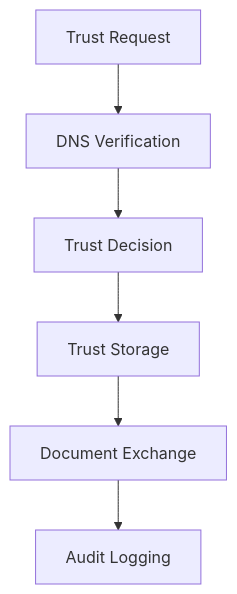
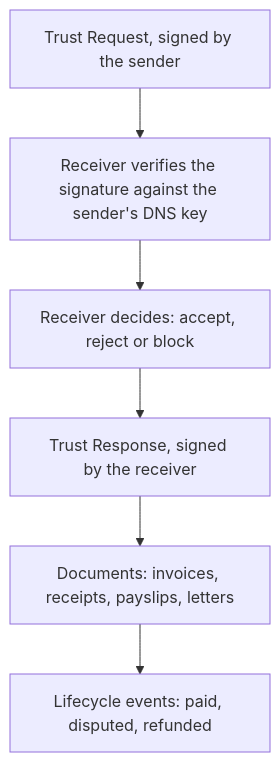
One commit to openbtps/btps-node changed the second of 2 diagrams in docs/docusaurus/docs/introduction.md. Above: the diagram before and after it, drawn with Mermaid. The commit also changed other lines of this file and 26 other files, not shown here.

First line of the commit message:
Docs: bring every diagram in line with 1.1

````diff
--- a/docs/docusaurus/docs/introduction.md
+++ b/docs/docusaurus/docs/introduction.md
@@ -181,8 +181,8 @@
 ```mermaid
 graph TD
-    A[Trust Request] --> B[DNS Verification]
-    B --> C[Trust Decision]
-    C --> D[Trust Storage]
-    D --> E[Document Exchange]
-    E --> F[Audit Logging]
+    A[Trust Request, signed by the sender] --> B[Receiver verifies the signature against the sender's DNS key]
+    B --> C[Receiver decides: accept, reject or block]
+    C --> D[Trust Response, signed by the receiver]
+    D --> E[Documents: invoices, receipts, payslips, letters]
+    E --> F[Lifecycle events: paid, disputed, refunded]
 ```
````
